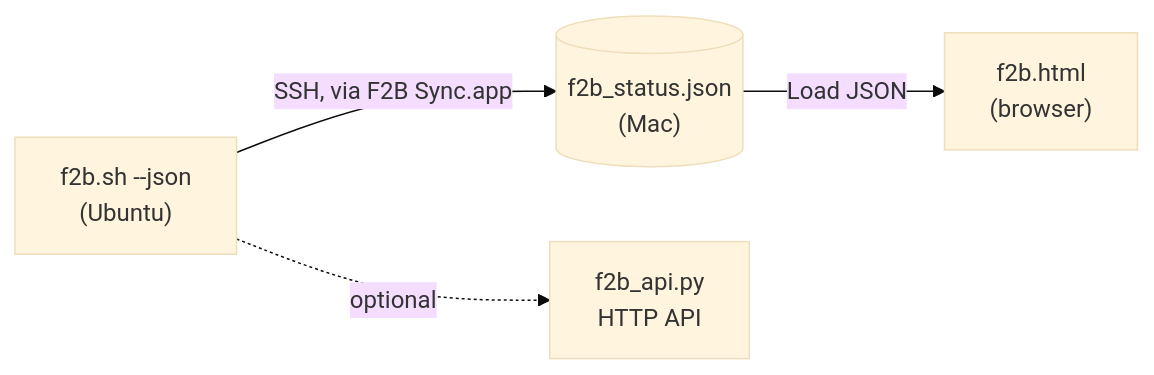
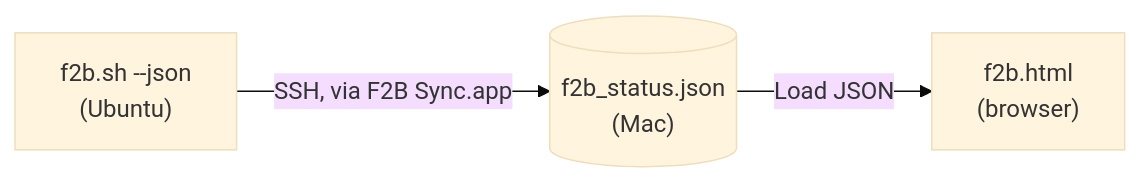
The diagram in README.md (github-deewhy/f2b-sync), drawn with Mermaid (base theme) before and after one commit. The commit also changed other lines of this file and 3 other files, not shown here.

````diff
--- a/README.md
+++ b/README.md
@@ -23,6 +22,5 @@
 ```mermaid
 flowchart LR
     A["f2b.sh --json<br>(Ubuntu)"] -- "SSH, via F2B Sync.app" --> B[("f2b_status.json<br>(Mac)")]
     B -- "Load JSON" --> C["f2b.html<br>(browser)"]
-    A -. "optional" .-> D["f2b_api.py<br>HTTP API"]
 ```
````
